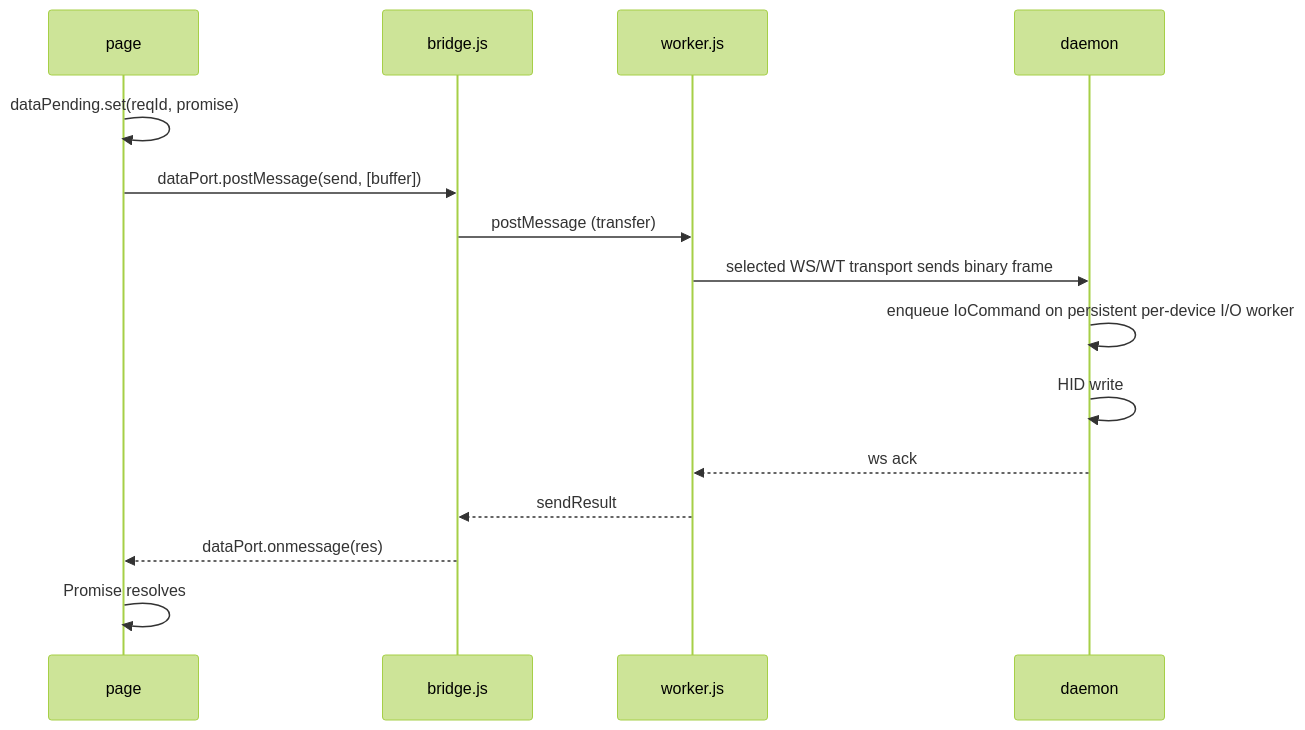
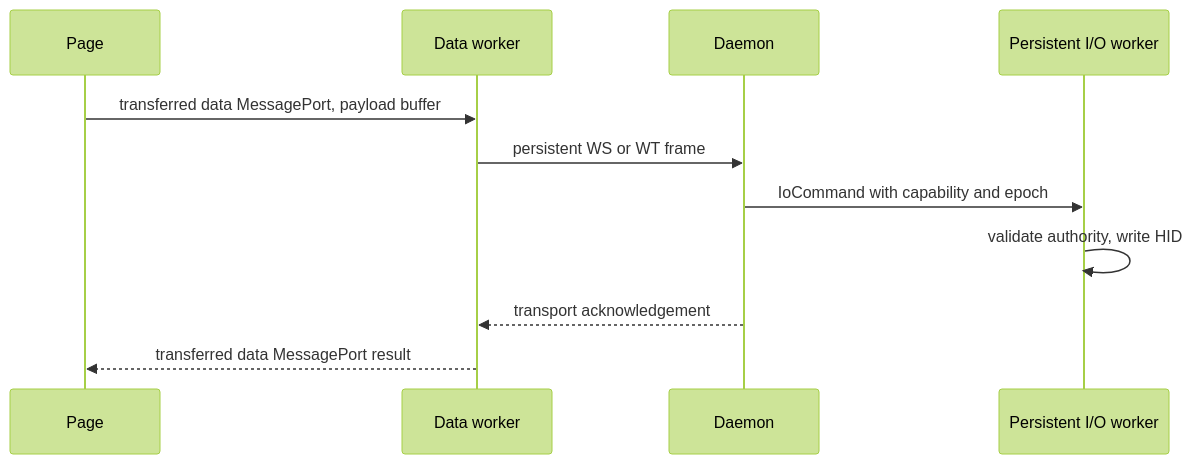
One commit to K4zoku/FF-WebHID changed the third of 6 diagrams in docs/ARCHITECTURE.md. Above: the diagram before and after it, drawn with Mermaid (forest theme). The commit also changed other lines of this file and 4 other files, not shown here.

````diff
--- a/docs/ARCHITECTURE.md
+++ b/docs/ARCHITECTURE.md
@@ -313,18 +245,14 @@
 ```mermaid
 sequenceDiagram
-    participant P as page
-    participant B as bridge.js
-    participant W as worker.js
-    participant D as daemon
+    participant P as Page
+    participant W as Data worker
+    participant D as Daemon
+    participant I as Persistent I/O worker
 
-    P->>P: dataPending.set(reqId, promise)
-    P->>B: dataPort.postMessage(send, [buffer])
-    B->>W: postMessage (transfer)
-    W->>D: selected WS/WT transport sends binary frame
-    D->>D: enqueue IoCommand on persistent per-device I/O worker
-    D->>D: HID write
-    D-->>W: ws ack
-    W-->>B: sendResult
-    B-->>P: dataPort.onmessage(res)
-    P->>P: Promise resolves
+    P->>W: transferred data MessagePort, payload buffer
+    W->>D: persistent WS or WT frame
+    D->>I: IoCommand with capability and epoch
+    I->>I: validate authority, write HID
+    D-->>W: transport acknowledgement
+    W-->>P: transferred data MessagePort result
 ```
````
